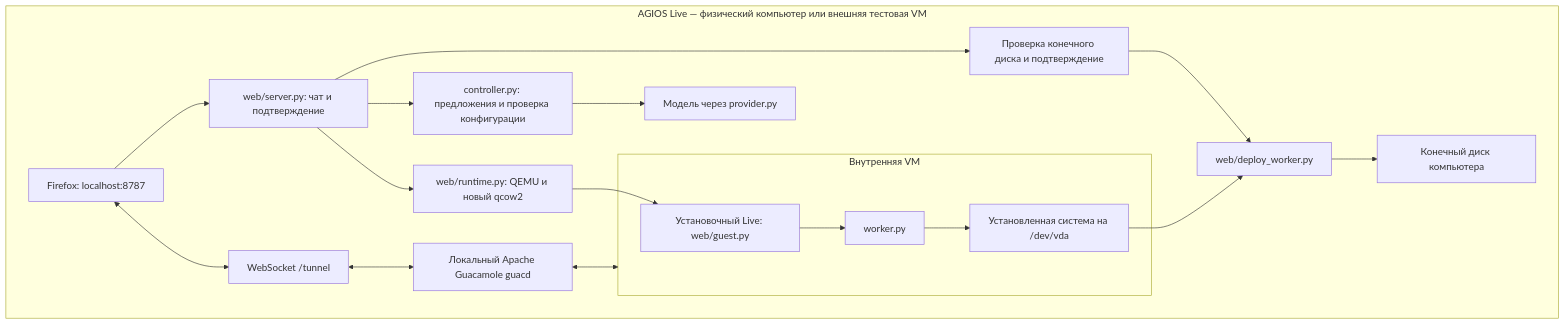
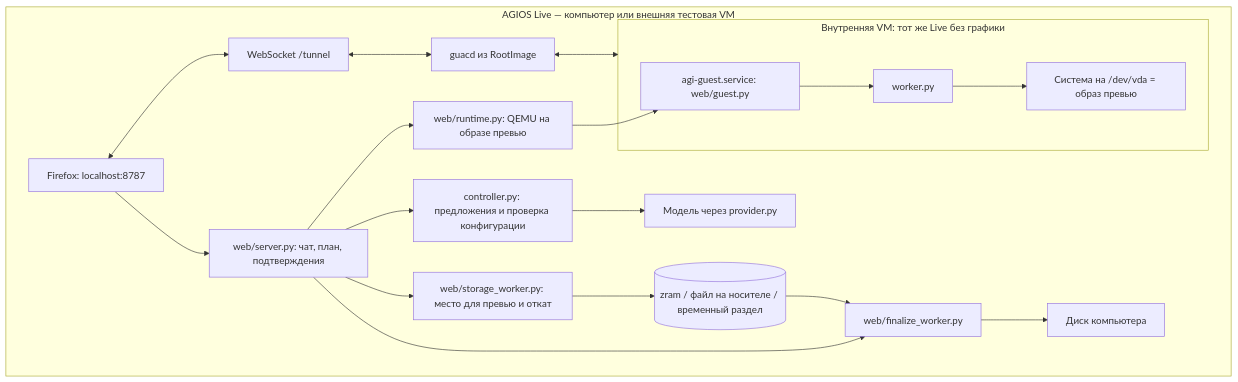
The diagram in docs/installer-architecture.md (ZeusKronid/agi-os), drawn with Mermaid before and after one commit. The commit also changed other lines of this file and 9 other files, not shown here.

First line of the commit message:
Test stand and docs for the reversible preview flow

````diff
--- a/docs/installer-architecture.md
+++ b/docs/installer-architecture.md
@@ -7,21 +7,22 @@
 ```mermaid
 flowchart TD
-    subgraph LIVE[AGIOS Live — физический компьютер или внешняя тестовая VM]
-        Browser[Firefox: localhost:8787] --> Web[web/server.py: чат и подтверждение]
+    subgraph LIVE[AGIOS Live — компьютер или внешняя тестовая VM]
+        Browser[Firefox: localhost:8787] --> Web[web/server.py: чат, план, подтверждения]
         Web --> Controller[controller.py: предложения и проверка конфигурации]
         Controller --> Provider[Модель через provider.py]
-        Web --> Runtime[web/runtime.py: QEMU и новый qcow2]
+        Web --> Storage[web/storage_worker.py: место для превью и откат]
+        Storage --> Preview[(zram / файл на носителе / временный раздел)]
+        Web --> Runtime[web/runtime.py: QEMU на образе превью]
         Browser <--> Tunnel[WebSocket /tunnel]
-        Tunnel <--> Guacd[Локальный Apache Guacamole guacd]
-        subgraph INNER[Внутренняя VM]
-            Guest[Установочный Live: web/guest.py] --> Worker[worker.py]
-            Worker --> Disk[Установленная система на /dev/vda]
+        Tunnel <--> Guacd[guacd из RootImage]
+        subgraph INNER[Внутренняя VM: тот же Live без графики]
+            Guest[agi-guest.service: web/guest.py] --> Worker[worker.py]
+            Worker --> Disk[Система на /dev/vda = образ превью]
         end
         Runtime --> Guest
         Guacd <--> INNER
-        Web --> Review[Проверка конечного диска и подтверждение]
-        Review --> Deploy[web/deploy_worker.py]
-        Disk --> Deploy
-        Deploy --> Final[Конечный диск компьютера]
+        Web --> Final[web/finalize_worker.py]
+        Preview --> Final
+        Final --> Target[Диск компьютера]
     end
 ```
````
